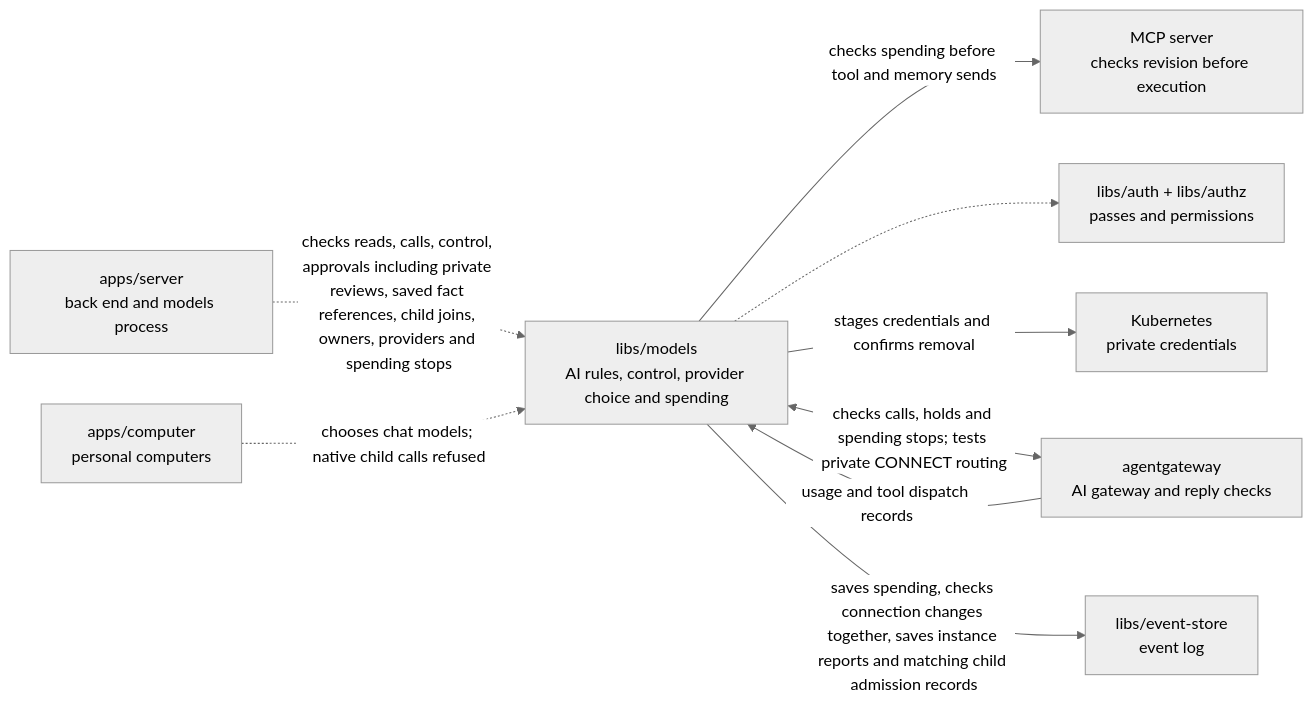
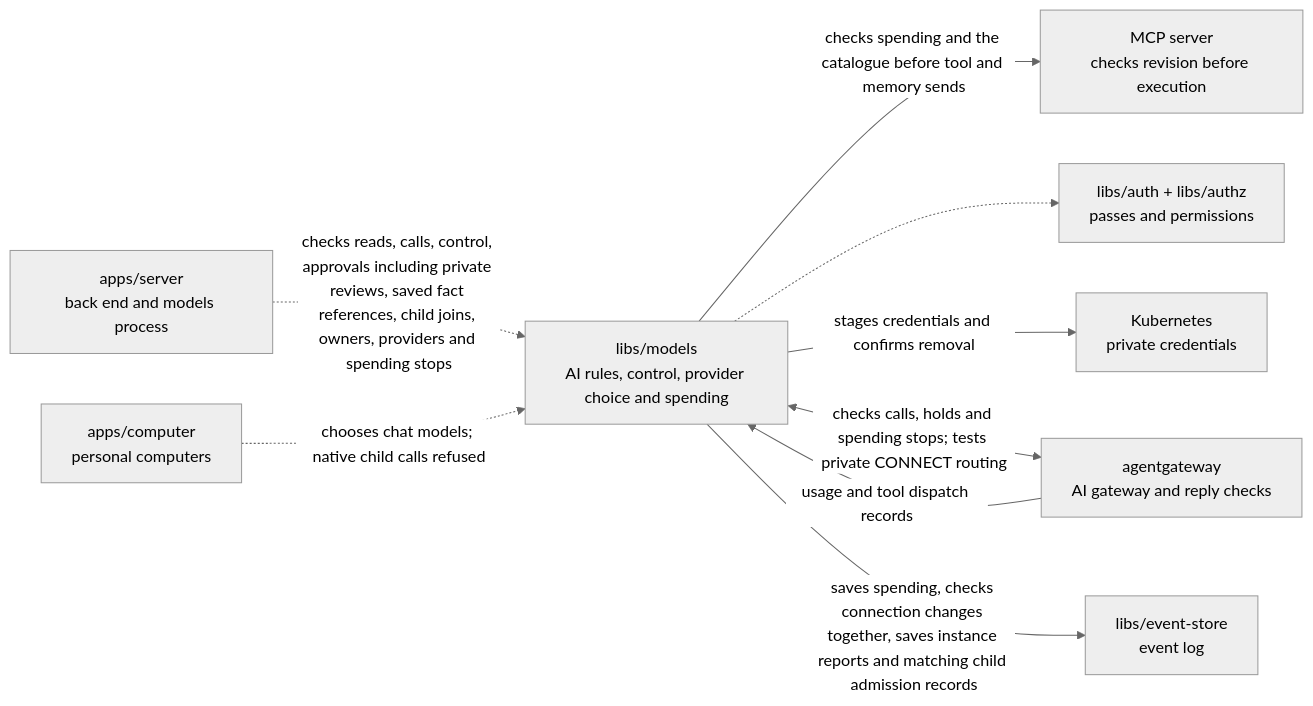
Before and after one commit to elewa-git/opencrane-new: the diagram in libs/models/README.md, drawn with Mermaid (neutral theme). The commit also changed other lines of this file and 12 other files, not shown here.

Commit message:
⏸️ Pause tool dispatch while bounded catalogue checks are unavailable

````diff
--- a/libs/models/README.md
+++ b/libs/models/README.md
@@ -14,11 +14,11 @@
 ```mermaid
 flowchart LR
   server["apps/server<br/>back end and models process"] -.->|checks reads, calls, control, approvals including private reviews, saved fact references, child joins, owners, providers and spending stops| models["libs/models<br/>AI rules, control, provider choice and spending"]
-  models -->|checks spending before tool and memory sends| mcp["MCP server<br/>checks revision before execution"]
+  models -->|checks spending and the catalogue before tool and memory sends| mcp["MCP server<br/>checks revision before execution"]
   computer["apps/computer<br/>personal computers"] -.->|chooses chat models; native child calls refused| models
   models -.-> auth["libs/auth + libs/authz<br/>passes and permissions"]
   models -->|stages credentials and confirms removal| custody["Kubernetes<br/>private credentials"]
   models <-->|checks calls, holds and spending stops; tests private CONNECT routing| gateway["agentgateway<br/>AI gateway and reply checks"]
   gateway -->|usage and tool dispatch records| models
   models -->|saves spending, checks connection changes together, saves instance reports and matching child admission records| store["libs/event-store<br/>event log"]
 ```
````
